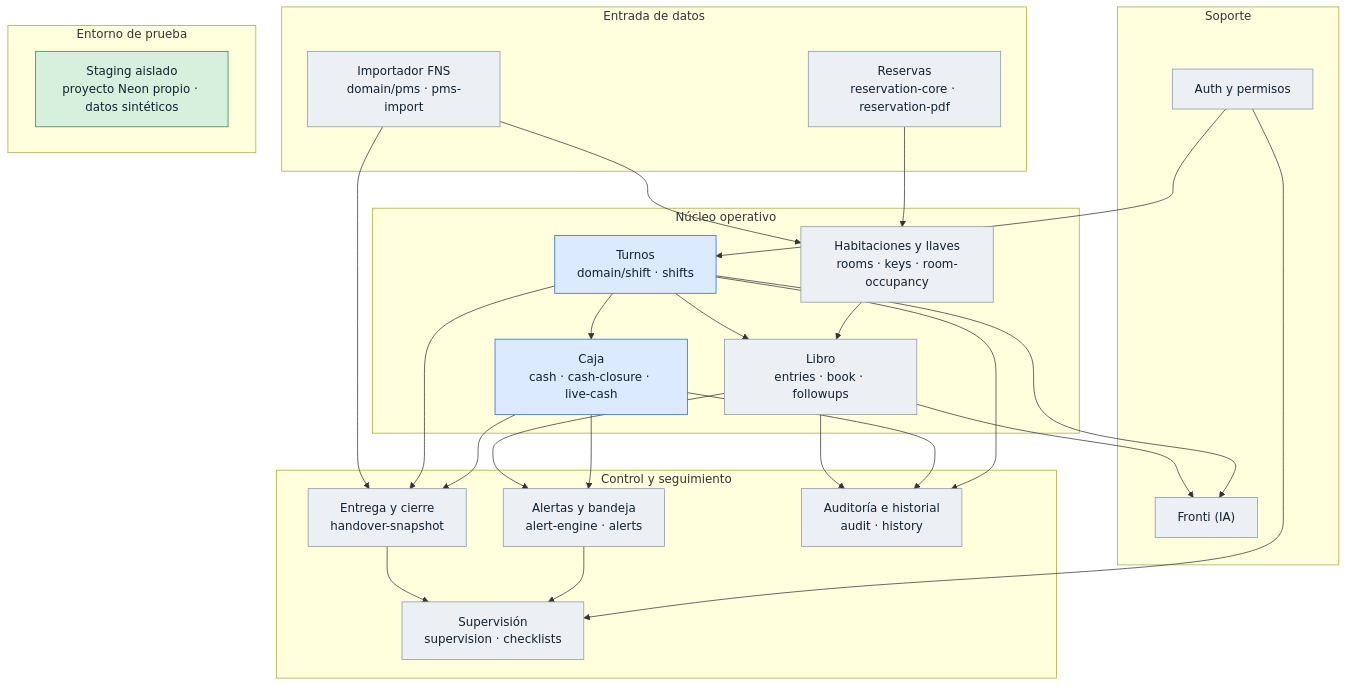
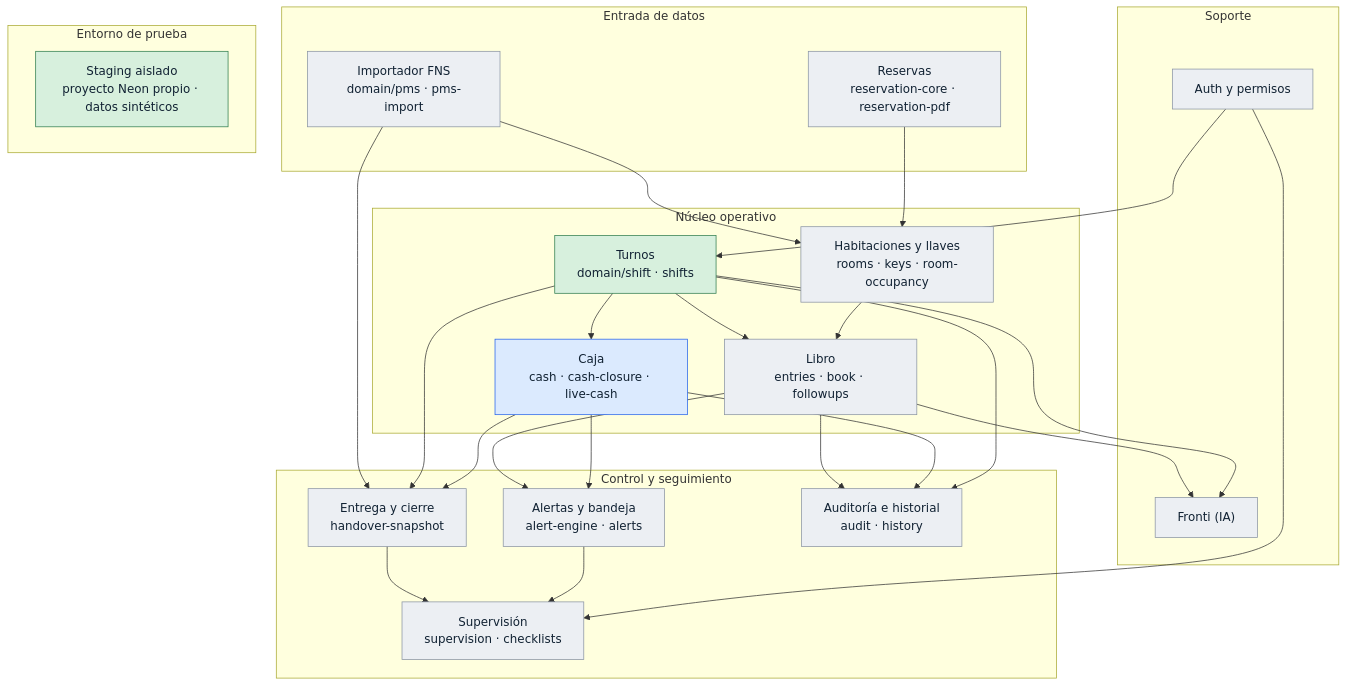
The diagram in PROJECT_PROGRESS.md (Ericklhc1/Libroderecepcion), drawn with Mermaid before and after one commit. The commit also changed other lines of this file, not shown here.

````diff
--- a/PROJECT_PROGRESS.md
+++ b/PROJECT_PROGRESS.md
@@ -28,57 +28,58 @@
 ```mermaid
 graph TD
   subgraph Entrada["Entrada de datos"]
     PMS["Importador FNS<br/>domain/pms · pms-import"]
     RES["Reservas<br/>reservation-core · reservation-pdf"]
   end
 
   subgraph Nucleo["Núcleo operativo"]
     TURNO["Turnos<br/>domain/shift · shifts"]
     CAJA["Caja<br/>cash · cash-closure · live-cash"]
     LIBRO["Libro<br/>entries · book · followups"]
     HAB["Habitaciones y llaves<br/>rooms · keys · room-occupancy"]
   end
 
   subgraph Control["Control y seguimiento"]
     ENTREGA["Entrega y cierre<br/>handover-snapshot"]
     SUP["Supervisión<br/>supervision · checklists"]
     ALERTA["Alertas y bandeja<br/>alert-engine · alerts"]
     AUD["Auditoría e historial<br/>audit · history"]
   end
 
   subgraph Soporte["Soporte"]
     AUTH["Auth y permisos"]
     FRONTI["Fronti (IA)"]
   end
 
   subgraph Entorno["Entorno de prueba"]
     STG["Staging aislado<br/>proyecto Neon propio · datos sintéticos"]
   end
 
   PMS --> HAB
   PMS --> ENTREGA
   RES --> HAB
   TURNO --> LIBRO
   TURNO --> CAJA
   TURNO --> ENTREGA
   CAJA --> ENTREGA
   HAB --> LIBRO
   LIBRO --> ALERTA
   CAJA --> ALERTA
   ENTREGA --> SUP
   ALERTA --> SUP
   AUTH --> TURNO
   AUTH --> SUP
   LIBRO --> AUD
   CAJA --> AUD
   TURNO --> AUD
   LIBRO --> FRONTI
   TURNO --> FRONTI
 
   classDef val fill:#d7f0dd,stroke:#2f7d4f,color:#123
   classDef dev fill:#dbeafe,stroke:#2563eb,color:#123
   classDef pend fill:#eceff3,stroke:#8a94a3,color:#123
   class STG val
-  class TURNO,CAJA dev
+  class TURNO val
+  class CAJA dev
   class PMS,RES,LIBRO,HAB,ENTREGA,SUP,ALERTA,AUD,AUTH,FRONTI pend
 ```
````
